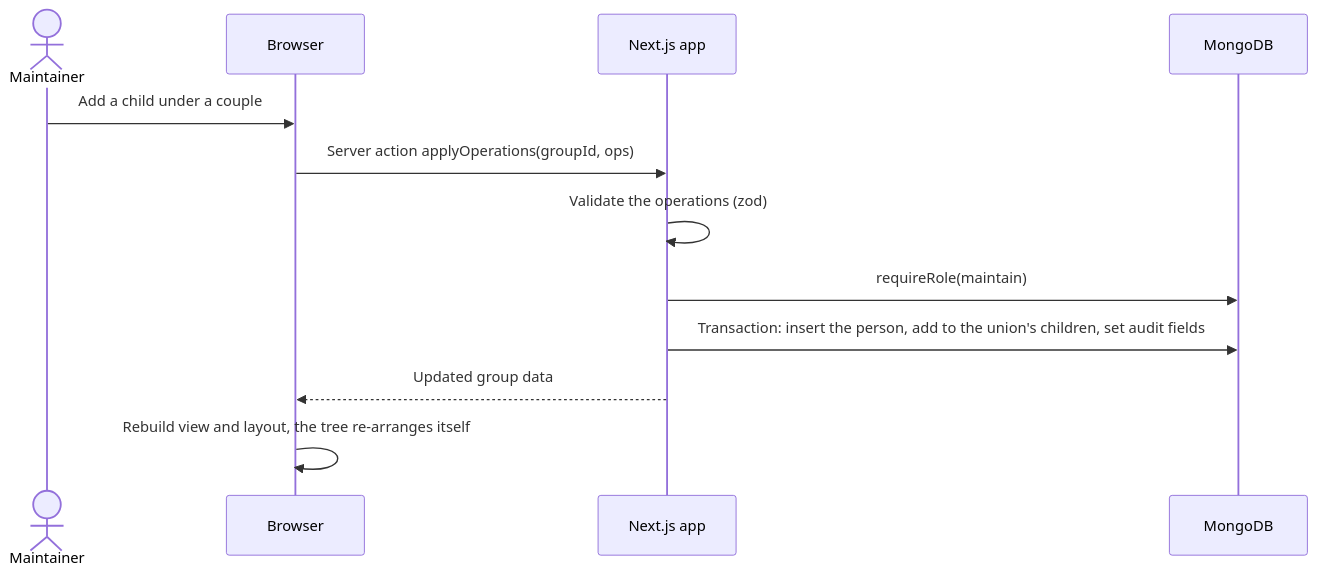
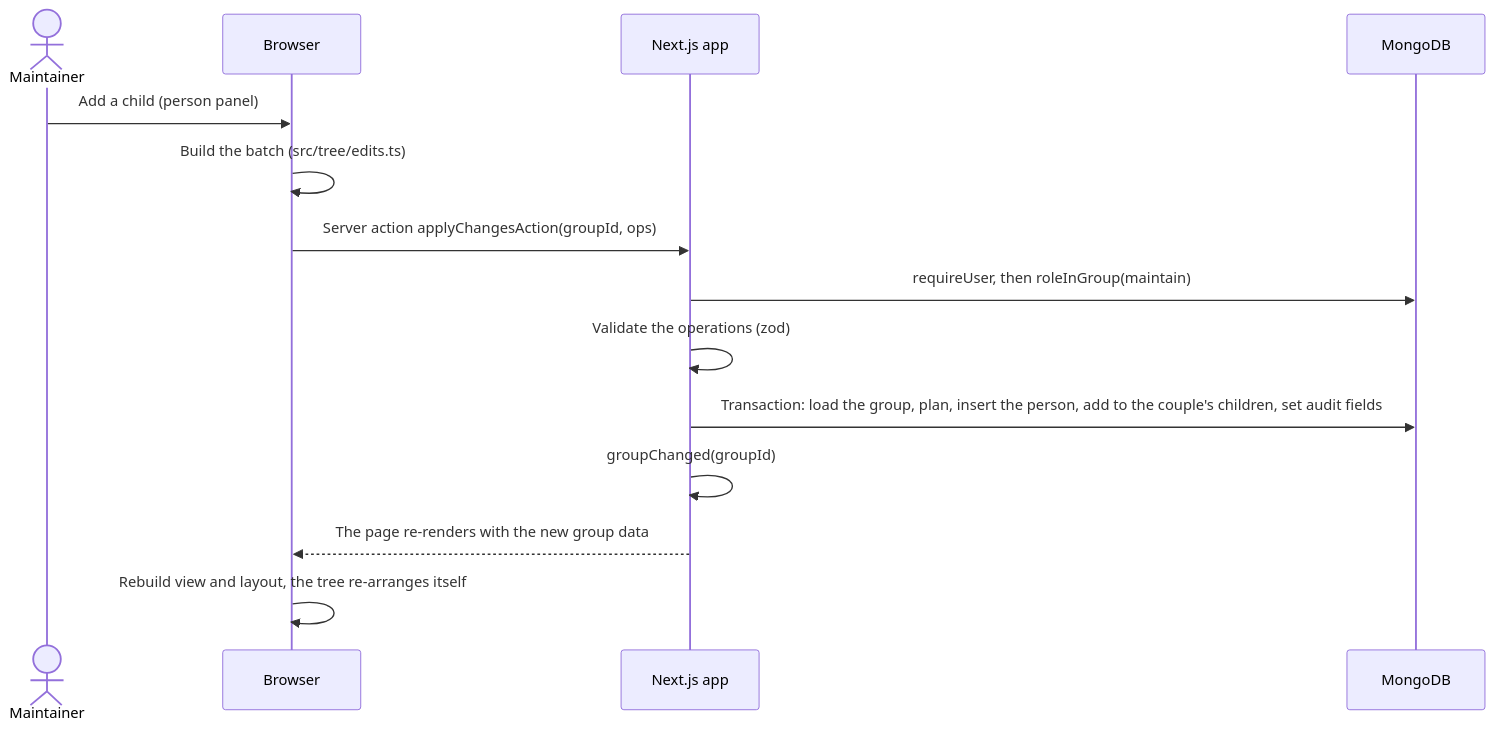
The eighth of 14 diagrams in ARCHITECTURE.md (harikiranvusirikala/Family-Tree-with-AI), drawn with Mermaid before and after one commit. The commit also changed other lines of this file and 2 other files, not shown here.

````diff
--- a/ARCHITECTURE.md
+++ b/ARCHITECTURE.md
@@ -365,14 +384,16 @@
 ```mermaid
 sequenceDiagram
     actor M as Maintainer
     participant B as Browser
     participant App as Next.js app
     participant DB as MongoDB
-    M->>B: Add a child under a couple
-    B->>App: Server action applyOperations(groupId, ops)
+    M->>B: Add a child (person panel)
+    B->>B: Build the batch (src/tree/edits.ts)
+    B->>App: Server action applyChangesAction(groupId, ops)
+    App->>DB: requireUser, then roleInGroup(maintain)
     App->>App: Validate the operations (zod)
-    App->>DB: requireRole(maintain)
-    App->>DB: Transaction: insert the person, add to the union's children, set audit fields
-    App-->>B: Updated group data
+    App->>DB: Transaction: load the group, plan, insert the person, add to the couple's children, set audit fields
+    App->>App: groupChanged(groupId)
+    App-->>B: The page re-renders with the new group data
     B->>B: Rebuild view and layout, the tree re-arranges itself
 ```
````
